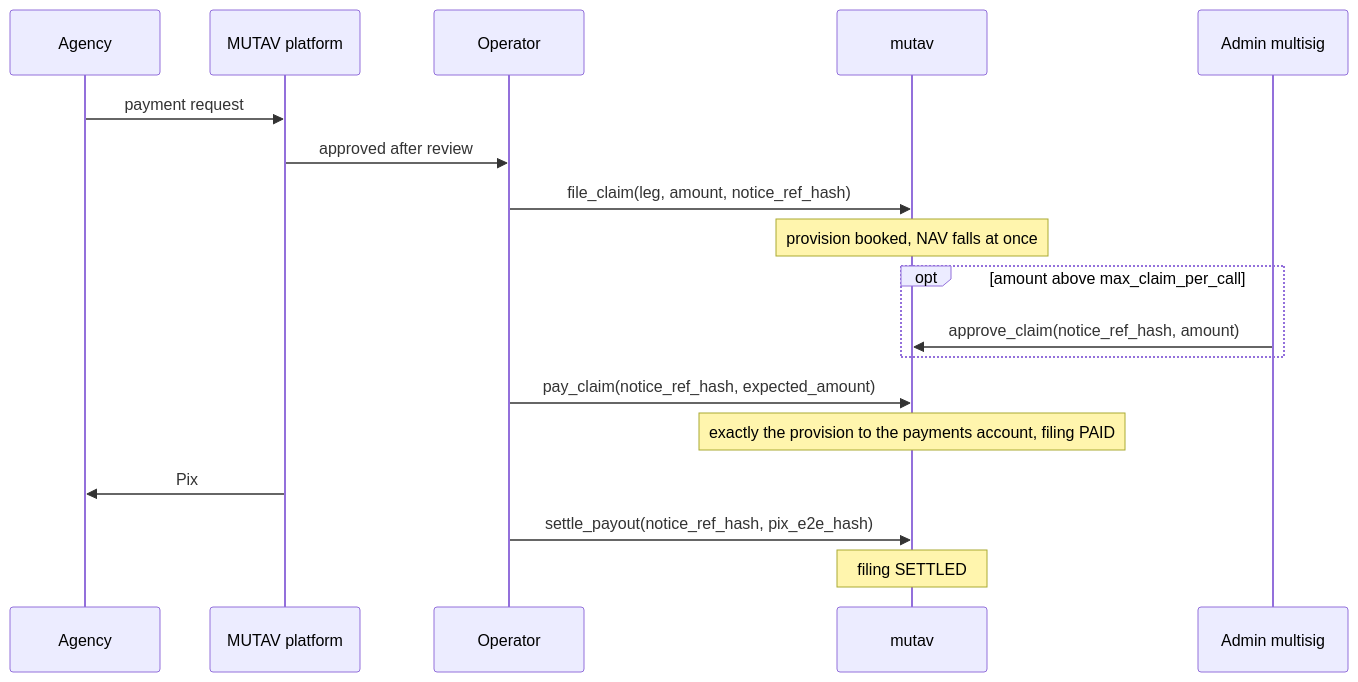
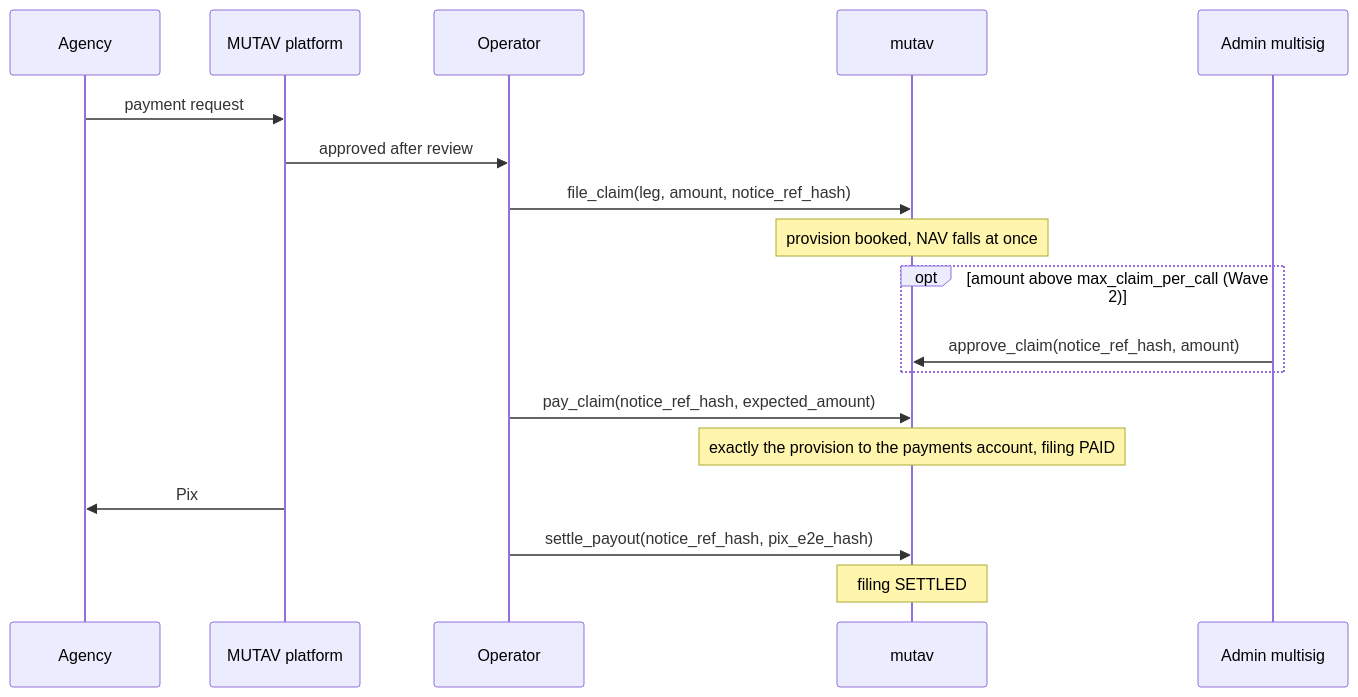
One commit to mutav-finance/mutav-protocol-solana changed the third of 3 diagrams in docs/architecture/money-flows.md. Above: the diagram before and after it, drawn with Mermaid. The commit also changed other lines of this file and 12 other files, not shown here.

First line of the commit message:
docs: align architecture and security pages with main

````diff
--- a/docs/architecture/money-flows.md
+++ b/docs/architecture/money-flows.md
@@ -135,20 +140,20 @@
 ```mermaid
 sequenceDiagram
   participant Agency
   participant Platform as MUTAV platform
   participant Op as Operator
   participant Program as mutav
   participant Admin as Admin multisig
   Agency->>Platform: payment request
   Platform->>Op: approved after review
   Op->>Program: file_claim(leg, amount, notice_ref_hash)
   Note over Program: provision booked, NAV falls at once
-  opt amount above max_claim_per_call
+  opt amount above max_claim_per_call (Wave 2)
     Admin->>Program: approve_claim(notice_ref_hash, amount)
   end
   Op->>Program: pay_claim(notice_ref_hash, expected_amount)
   Note over Program: exactly the provision to the payments account, filing PAID
   Platform->>Agency: Pix
   Op->>Program: settle_payout(notice_ref_hash, pix_e2e_hash)
   Note over Program: filing SETTLED
 ```
````
